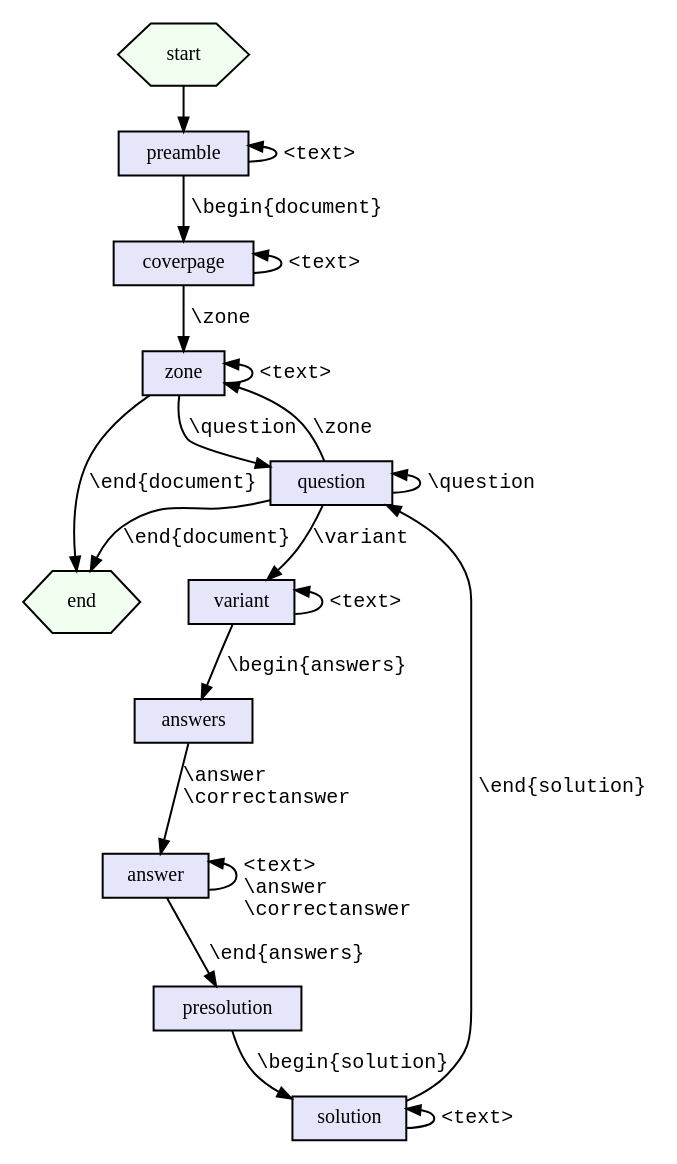
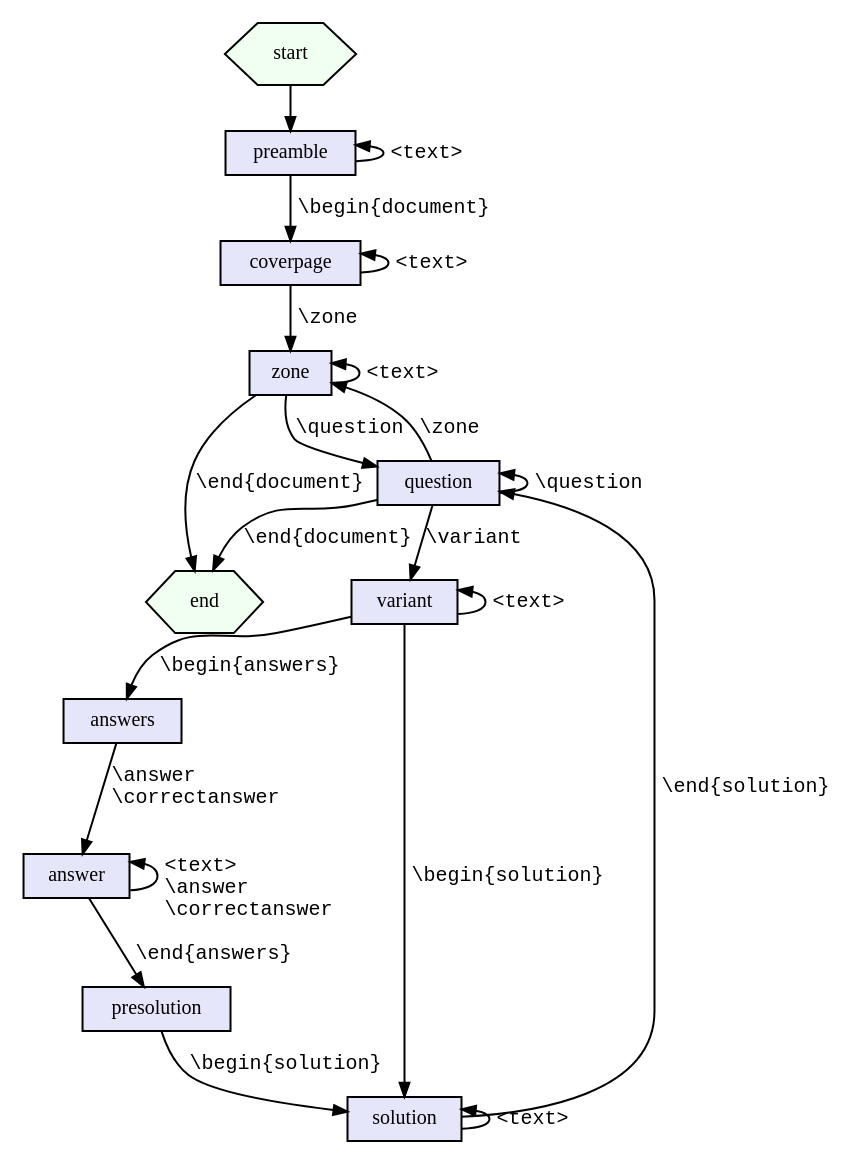
The diagram in statemachine.gv (mwest1066/randexam), drawn with Graphviz before and after one commit. The commit also changed 3 other files, not shown here.

```diff
--- a/statemachine.gv
+++ b/statemachine.gv
@@ -1,40 +1,41 @@
 digraph partmc_modules {
     rankdir = TB;
     node [fontsize=10, height=0.3, width=0.5];
     graph [nodesep=0.2, ranksep=0.3];
     edge [arrowsize=0.7, fontsize=10, fontname=Courier];
 
     start [shape=hexagon, style=filled, fillcolor=honeydew1];
     end [shape=hexagon, style=filled, fillcolor=honeydew1];
 
     preamble [shape=box, style=filled, fillcolor=lavender];
     coverpage [shape=box, style=filled, fillcolor=lavender];
     zone [shape=box, style=filled, fillcolor=lavender];
     question [shape=box, style=filled, fillcolor=lavender];
     variant [shape=box, style=filled, fillcolor=lavender];
     answers [shape=box, style=filled, fillcolor=lavender];
     answer [shape=box, style=filled, fillcolor=lavender];
     presolution [shape=box, style=filled, fillcolor=lavender];
     solution [shape=box, style=filled, fillcolor=lavender];
 
     start -> preamble
     preamble -> coverpage [label=" \\begin{document}"]
     preamble -> preamble [label=" <text>", dir=back]
     coverpage -> zone [label=" \\zone"]
     coverpage -> coverpage [label=" <text>", dir=back]
     zone -> question [label="\\question"]
     zone -> zone [label=" <text>", dir=back]
     zone -> end [label="\\end{document}"]
     question -> variant [label="\\variant"]
     question -> question [label=" \\question", dir=back]
     question -> zone [label="\\zone"]
     question -> end [label="\\end{document}"]
     variant -> answers [label=" \\begin{answers}   "]
     variant -> variant [label=" <text>", dir=back]
+    variant -> solution [label=" \\begin{solution}"]
     answers -> answer [label="\\answer          \n\\correctanswer   "]
     answer -> presolution [label=" \\end{answers}"]
     answer -> answer [label="\n <text>        \n \\answer       \n \\correctanswer", dir=back]
     presolution -> solution [label="\\begin{solution}"]
     solution -> question [label=" \\end{solution}"]
     solution -> solution [label=" <text>", dir=back]
 }
```
